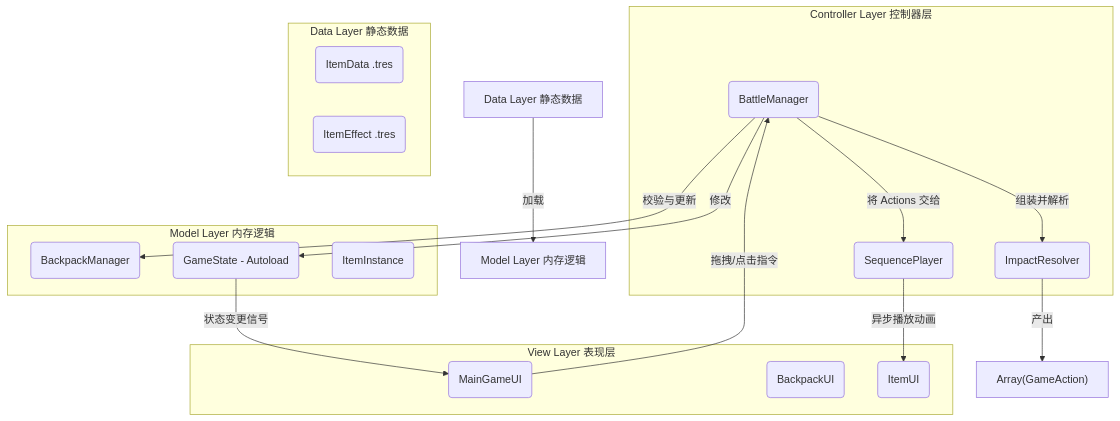
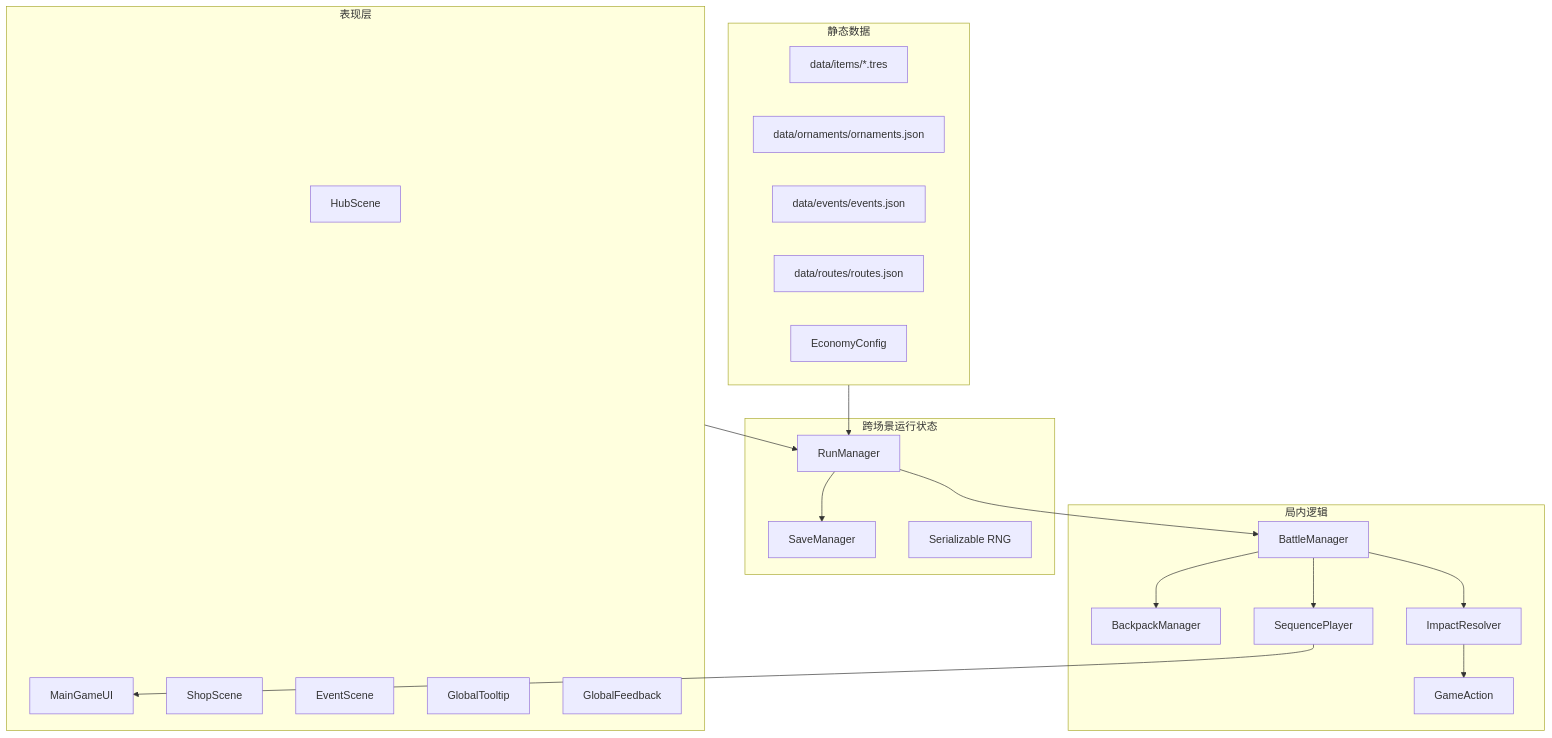
Before and after one commit to xsrkt26/Lost-Fragments: the second of 5 diagrams in spec/Docs/03_Log/02_Architecture_Review_Diagrams.md, drawn with Mermaid. The commit also changed other lines of this file and 7 other files, not shown here.

````diff
--- a/spec/Docs/03_Log/02_Architecture_Review_Diagrams.md
+++ b/spec/Docs/03_Log/02_Architecture_Review_Diagrams.md
@@ -13,37 +26,43 @@
 ```mermaid
 graph TD
-    subdata[Data Layer 静态数据] --> |加载| model[Model Layer 内存逻辑]
-    
-    subgraph Controller Layer 控制器层
-        BM(BattleManager)
-        IR(ImpactResolver)
-        SP(SequencePlayer)
-    end
-    
-    subgraph Model Layer 内存逻辑
-        BPM(BackpackManager)
-        GS(GameState - Autoload)
-        II(ItemInstance)
+    subgraph Data[静态数据]
+        Items[data/items/*.tres]
+        Ornaments[data/ornaments/ornaments.json]
+        Events[data/events/events.json]
+        Routes[data/routes/routes.json]
+        Economy[EconomyConfig]
     end
 
-    subgraph View Layer 表现层
-        MUI(MainGameUI)
-        BPUI(BackpackUI)
-        IUI(ItemUI)
-    end
-    
-    subgraph Data Layer 静态数据
-        ID(ItemData .tres)
-        IE(ItemEffect .tres)
+    subgraph Run[跨场景运行状态]
+        RM[RunManager]
+        Save[SaveManager]
+        RNG[Serializable RNG]
     end
 
-    %% 交互线
-    MUI -- 拖拽/点击指令 --> BM
-    BM -- 校验与更新 --> BPM
-    BM -- 修改 --> GS
-    BM -- 组装并解析 --> IR
-    IR -- 产出 --> Actions["Array(GameAction)"]
-    BM -- 将 Actions 交给 --> SP
-    SP -- 异步播放动画 --> IUI
-    GS -- 状态变更信号 --> MUI
+    subgraph Battle[局内逻辑]
+        BM[BattleManager]
+        BPM[BackpackManager]
+        IR[ImpactResolver]
+        SP[SequencePlayer]
+        GA[GameAction]
+    end
+
+    subgraph UI[表现层]
+        Hub[HubScene]
+        MainUI[MainGameUI]
+        Shop[ShopScene]
+        EventUI[EventScene]
+        Tooltip[GlobalTooltip]
+        Feedback[GlobalFeedback]
+    end
+
+    Data --> RM
+    RM --> Save
+    RM --> BM
+    BM --> BPM
+    BM --> IR
+    IR --> GA
+    BM --> SP
+    SP --> MainUI
+    UI --> RM
 ```
````
